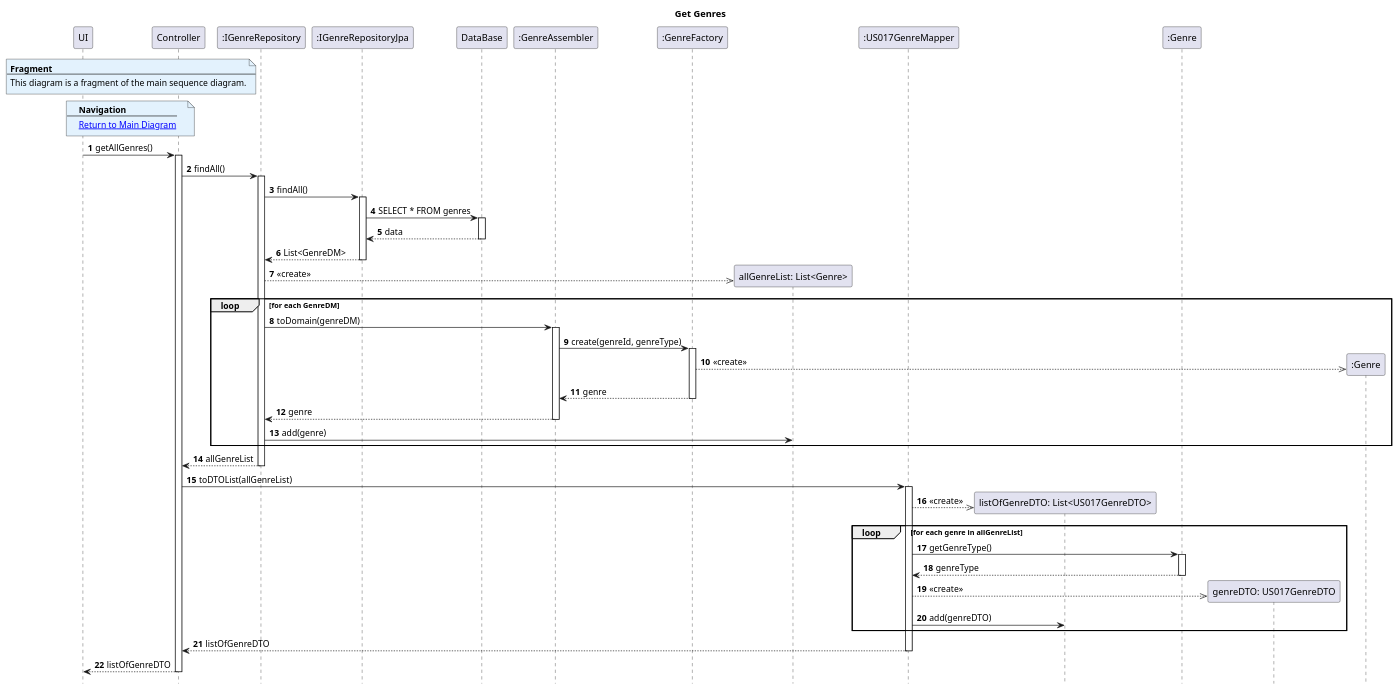
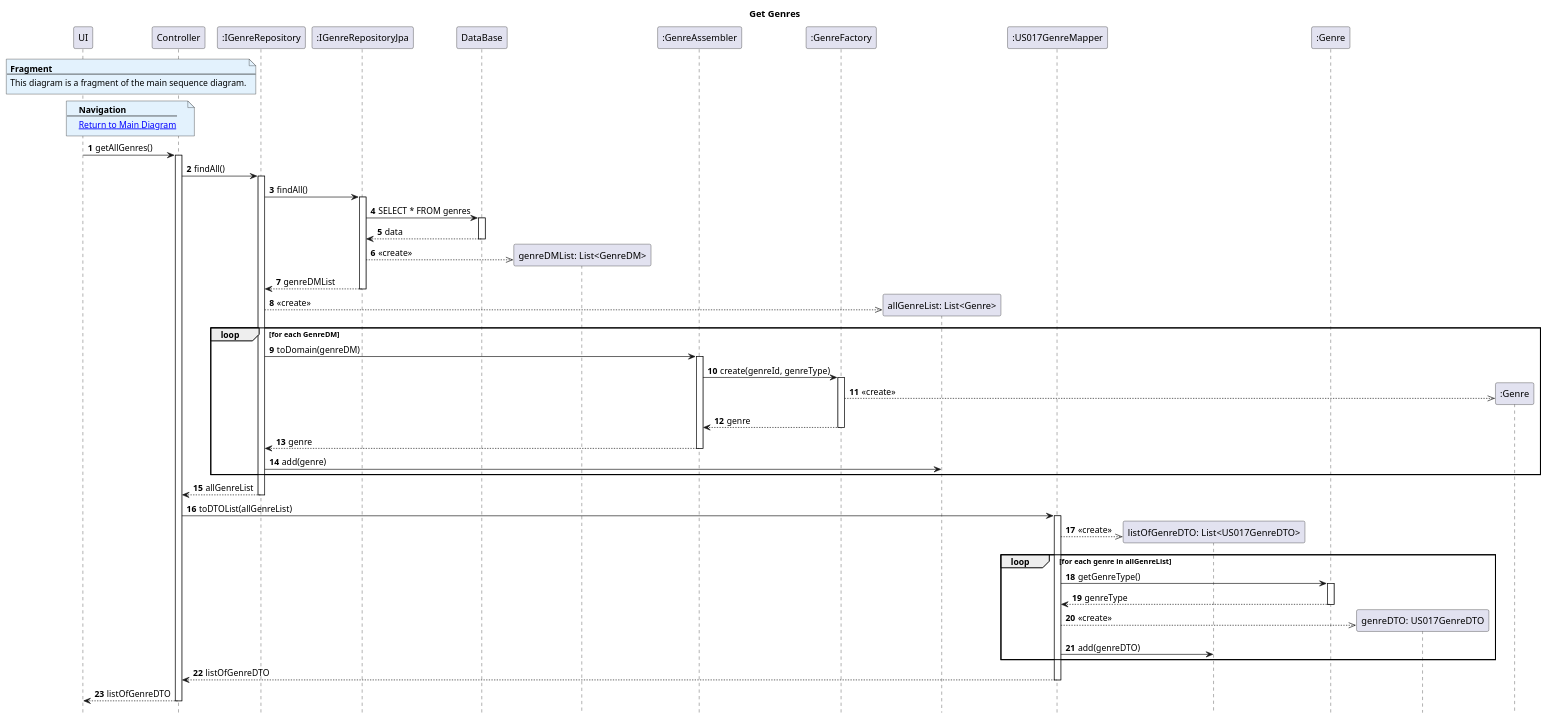
One commit to AndrePereiraGitH/SWitCH-Project-Team_A changed the diagram in Diagrams/SequenceDiagrams/N2/To-create-private-publication-list/2.GetGenres.puml. Above: the diagram before and after it, drawn with PlantUML. The commit also changed 2 other files, not shown here.

Commit message:
fix: address review comments — list instantiation in JPA and Factory participant order in diagrams [#760]

```diff
--- a/Diagrams/SequenceDiagrams/N2/To-create-private-publication-list/2.GetGenres.puml
+++ b/Diagrams/SequenceDiagrams/N2/To-create-private-publication-list/2.GetGenres.puml
@@ -1,90 +1,92 @@
 @startuml
 hide footbox
 autonumber
 title Get Genres
 
 note over UI, Controller #E3F2FD
 <b>Fragment</b>
 ---
 This diagram is a fragment of the main sequence diagram.
 end note
 
 note over UI, Controller #E3F2FD
 <b>Navigation</b>
 ---
 [[1.MainDiagram.puml Return to Main Diagram]]
 end note
 
 participant ":UI" as UI
 participant ":ToCreateCollectionOfPublicationsController" as Controller
 participant ":IGenreRepository" as Repo
 participant ":IGenreRepositoryJpa" as JpaRepo
 participant "DataBase" as DB
+participant "genreDMList: List<GenreDM>" as GenreDMList
 participant ":GenreAssembler" as Assembler
 participant ":GenreFactory" as Factory
 participant "allGenreList: List<Genre>" as allGenreList
 participant ":US017GenreMapper" as GenreMapper
 participant "listOfGenreDTO: List<US017GenreDTO>" as listOfGenreDTO
 participant ":Genre" as Genre
 participant "genreDTO: US017GenreDTO" as GDTO
 
 UI -> Controller : getAllGenres()
 activate Controller
 
 Controller -> Repo : findAll()
 activate Repo
 
 Repo -> JpaRepo : findAll()
 activate JpaRepo
 
 JpaRepo -> DB : SELECT * FROM genres
 activate DB
 DB --> JpaRepo : data
 deactivate DB
 
-JpaRepo --> Repo : List<GenreDM>
+JpaRepo -->> GenreDMList ** : <<create>>
+JpaRepo --> Repo : genreDMList
 deactivate JpaRepo
 
 Repo -->> allGenreList ** : <<create>>
 
 loop for each GenreDM
     Repo -> Assembler : toDomain(genreDM)
     activate Assembler
 
     Assembler -> Factory : create(genreId, genreType)
     activate Factory
     create ":Genre" as GenreObj
     Factory -->> GenreObj : <<create>>
     Factory --> Assembler : genre
     deactivate Factory
 
     Assembler --> Repo : genre
     deactivate Assembler
 
     Repo -> allGenreList : add(genre)
 end
 
 Repo --> Controller : allGenreList
 deactivate Repo
 
 Controller -> GenreMapper : toDTOList(allGenreList)
 activate GenreMapper
 GenreMapper -->> listOfGenreDTO ** : <<create>>
 
 loop for each genre in allGenreList
     GenreMapper -> Genre : getGenreType()
     activate Genre
     Genre --> GenreMapper : genreType
     deactivate Genre
 
     GenreMapper -->> GDTO ** : <<create>>
     GenreMapper -> listOfGenreDTO : add(genreDTO)
 end
 
 GenreMapper --> Controller : listOfGenreDTO
 deactivate GenreMapper
 
 Controller --> UI : listOfGenreDTO
 deactivate Controller
 
 @enduml
```
